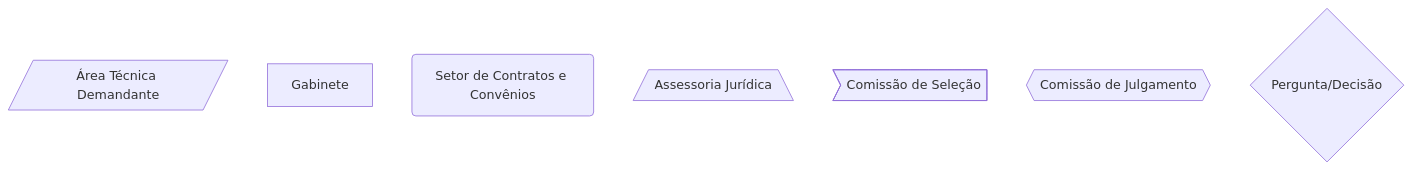
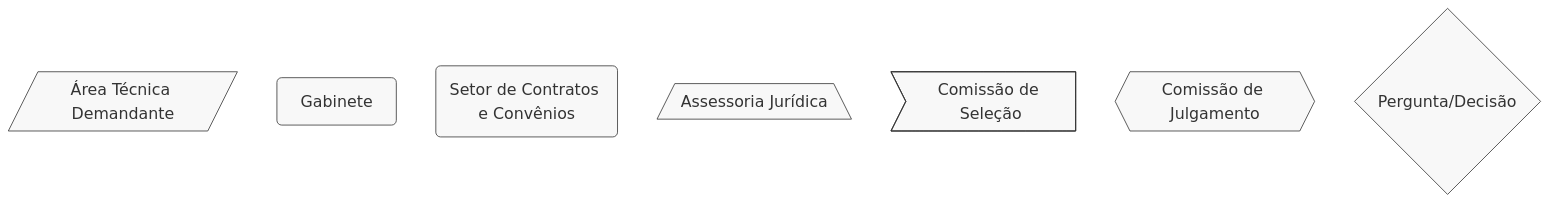
The second of 3 diagrams in docs/parcerias/marco-do-fomento/termo-de-bolsa-cultural.md (iepha-mg/manual.appi), drawn with Mermaid before and after one commit. The commit also changed other lines of this file and 4 other files, not shown here.

````diff
--- a/docs/parcerias/marco-do-fomento/termo-de-bolsa-cultural.md
+++ b/docs/parcerias/marco-do-fomento/termo-de-bolsa-cultural.md
@@ -142,10 +201,13 @@
-<div class="mermaid">
-flowchart TD
-    A_LEG@{ shape: lean-r, label: "Área Técnica Demandante" }
-    B_LEG@{ shape: rect, label: "Gabinete" }
-    C_LEG@{ shape: rounded, label: "Setor de Contratos e Convênios" }
-    D_LEG@{ shape: trap-b, label: "Assessoria Jurídica" }
-    E_LEG@{ shape: odd, label: "Comissão de Seleção" }
-    F_LEG@{ shape: hex, label: "Comissão de Julgamento" }
-    G_LEG@{ shape: diamond, label: "Pergunta/Decisão" }
-</div>
+```mermaid
+    %%{init: { 'flowchart': { 'htmlLabels': true }, 'maxTextSize': 90000 }}%%
+        flowchart TD
+        %% Legenda
+        A_LEG@{ shape: lean-r, label: "Área Técnica Demandante" }
+        B_LEG@{ shape: rect, label: "Gabinete" }
+        C_LEG@{ shape: rounded, label: "Setor de Contratos e Convênios" }
+        D_LEG@{ shape: trap-b, label: "Assessoria Jurídica" }
+        E_LEG@{ shape: odd, label: "Comissão de Seleção" }
+        F_LEG@{ shape: hex, label: "Comissão de Julgamento" }
+        G_LEG@{ shape: diamond, label: "Pergunta/Decisão" }
+        classDef default stroke:#333,stroke-width:1px,fill:#f8f8f8,rx:6,ry:6,font-size:20px;
+```
````
